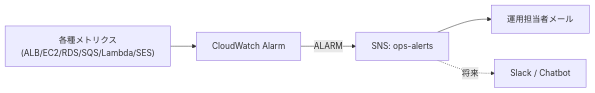
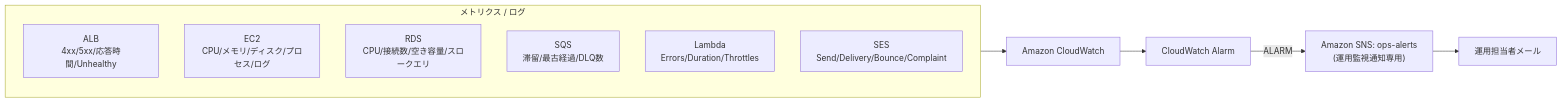
Before and after one commit to wataru-naba/ozaki-rsv-nextjs: the fifth of 7 diagrams in docs/aws-production-architecture.md, drawn with Mermaid. The commit also changed other lines of this file, not shown here.

````diff
--- a/docs/aws-production-architecture.md
+++ b/docs/aws-production-architecture.md
@@ -667,7 +756,15 @@
 ```mermaid
 flowchart LR
-    M["各種メトリクス<br/>(ALB/EC2/RDS/SQS/Lambda/SES)"] --> A["CloudWatch Alarm"]
-    A -->|ALARM| SNS["SNS: ops-alerts"]
-    SNS --> Mail["運用担当者メール"]
-    SNS -.将来.-> Chat["Slack / Chatbot"]
+    subgraph Metrics["メトリクス / ログ"]
+      ALB["ALB<br/>4xx/5xx/応答時間/Unhealthy"]
+      EC2["EC2<br/>CPU/メモリ/ディスク/プロセス/ログ"]
+      RDS["RDS<br/>CPU/接続数/空き容量/スロークエリ"]
+      SQS["SQS<br/>滞留/最古経過/DLQ数"]
+      LMB["Lambda<br/>Errors/Duration/Throttles"]
+      SES["SES<br/>Send/Delivery/Bounce/Complaint"]
+    end
+    Metrics --> CW["Amazon CloudWatch"]
+    CW --> Alarm["CloudWatch Alarm"]
+    Alarm -->|ALARM| SNS["Amazon SNS: ops-alerts<br/>(運用監視通知専用)"]
+    SNS --> Ops["運用担当者メール"]
 ```
````
